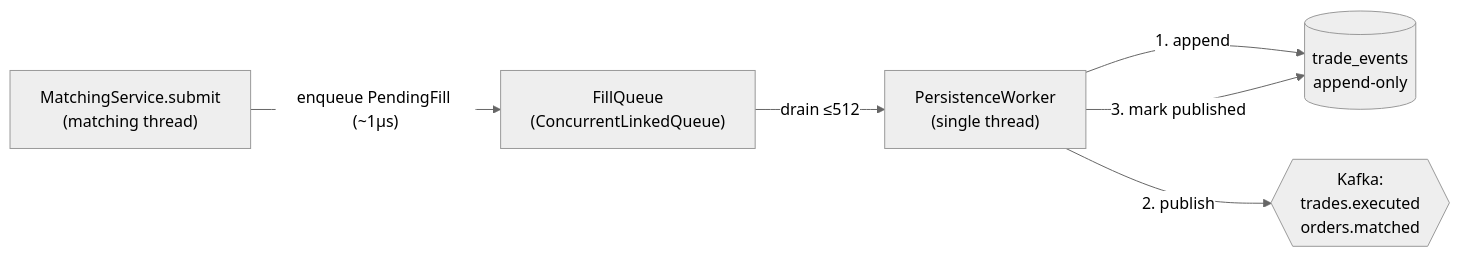
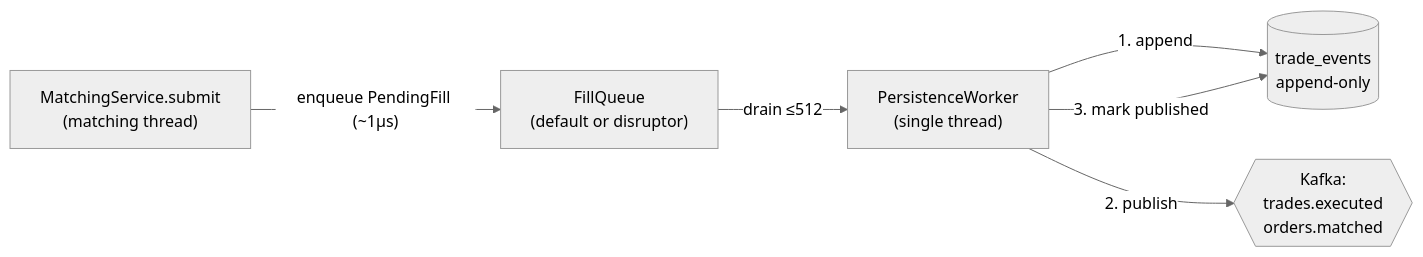
Before and after one commit to mc139/fx-oee-docs: the first of 5 diagrams in 05-event-sourcing-persistence.md, drawn with Mermaid (neutral theme). The commit also changed other lines of this file and 21 other files, not shown here.

````diff
--- a/05-event-sourcing-persistence.md
+++ b/05-event-sourcing-persistence.md
@@ -19,8 +19,8 @@
 ```mermaid
 flowchart LR
-    MS["MatchingService.submit<br/>(matching thread)"] -->|"enqueue PendingFill (~1µs)"| FQ["FillQueue<br/>(ConcurrentLinkedQueue)"]
+    MS["MatchingService.submit<br/>(matching thread)"] -->|"enqueue PendingFill (~1µs)"| FQ["FillQueue<br/>(default or disruptor)"]
     FQ -->|"drain ≤512"| PW["PersistenceWorker<br/>(single thread)"]
     PW -->|"1. append"| LOG[("trade_events<br/>append-only")]
     PW -->|"2. publish"| K{{"Kafka:<br/>trades.executed<br/>orders.matched"}}
     PW -->|"3. mark published"| LOG
 ```
````
